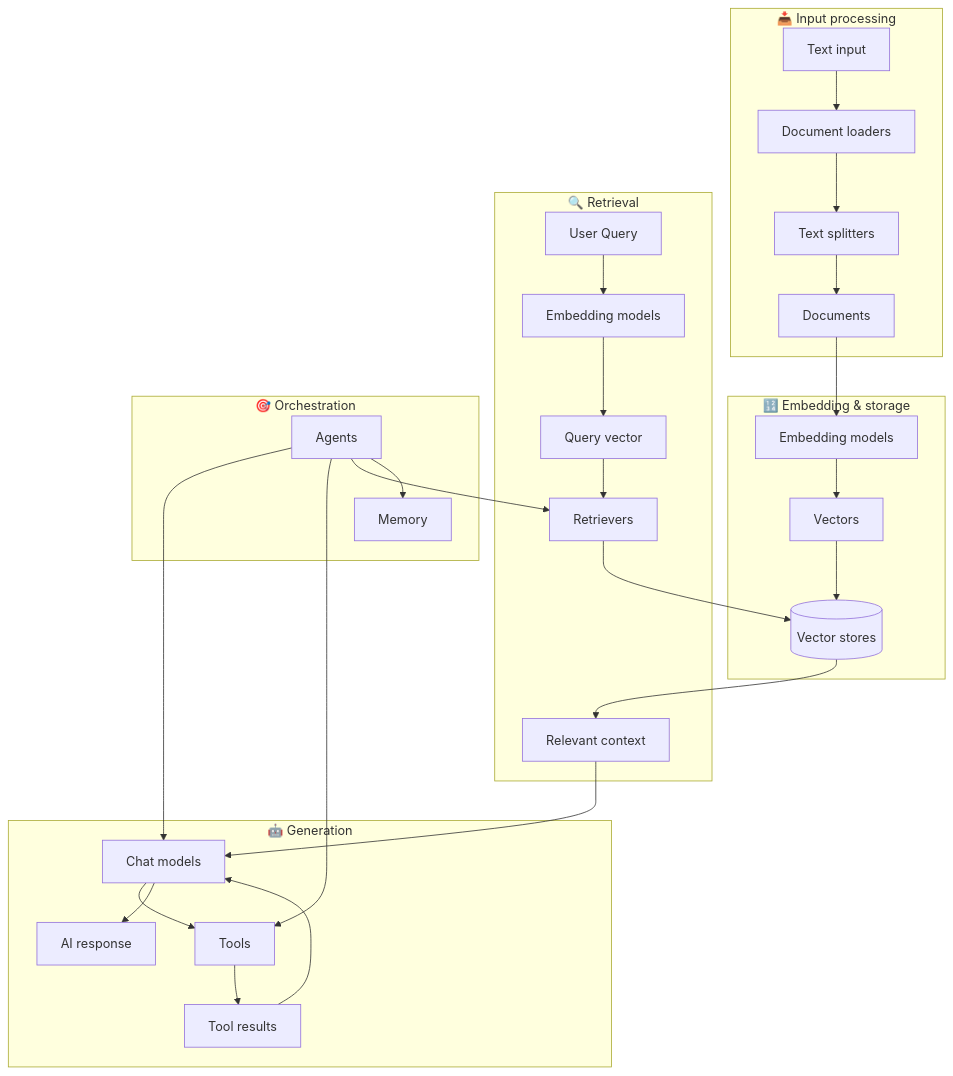
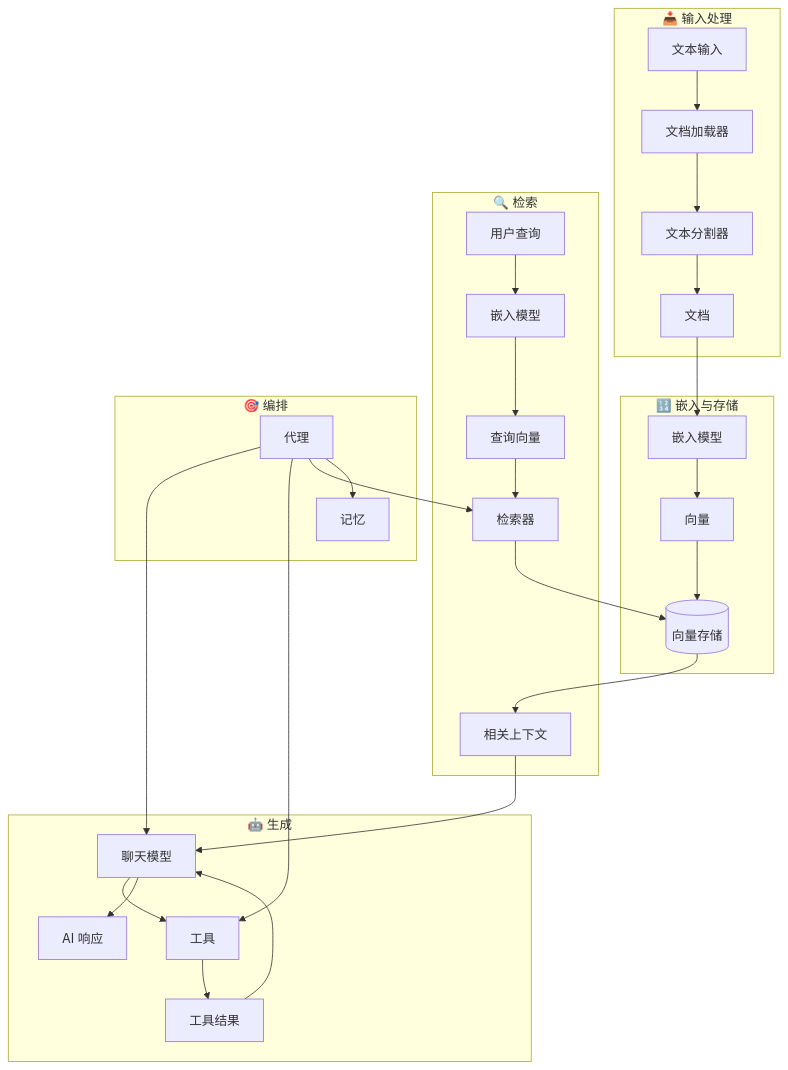
Before and after one commit to kunfan96/cndocs-langchain: the first of 4 diagrams in oss/javascript/langchain/component-architecture.mdx, drawn with Mermaid. The commit also changed other lines of this file and 288 other files, not shown here.

````diff
--- a/oss/javascript/langchain/component-architecture.mdx
+++ b/oss/javascript/langchain/component-architecture.mdx
@@ -11,42 +11,42 @@
 ```mermaid
 graph TD
     %% Input processing
-    subgraph "📥 Input processing"
-        A[Text input] --> B[Document loaders]
-        B --> C[Text splitters]
-        C --> D[Documents]
+    subgraph "📥 输入处理"
+        A[文本输入] --> B[文档加载器]
+        B --> C[文本分割器]
+        C --> D[文档]
     end
 
     %% Embedding & storage
-    subgraph "🔢 Embedding & storage"
-        D --> E[Embedding models]
-        E --> F[Vectors]
-        F --> G[(Vector stores)]
+    subgraph "🔢 嵌入与存储"
+        D --> E[嵌入模型]
+        E --> F[向量]
+        F --> G[(向量存储)]
     end
 
     %% Retrieval
-    subgraph "🔍 Retrieval"
-        H[User Query] --> I[Embedding models]
-        I --> J[Query vector]
-        J --> K[Retrievers]
+    subgraph "🔍 检索"
+        H[用户查询] --> I[嵌入模型]
+        I --> J[查询向量]
+        J --> K[检索器]
         K --> G
-        G --> L[Relevant context]
+        G --> L[相关上下文]
     end
 
     %% Generation
-    subgraph "🤖 Generation"
-        M[Chat models] --> N[Tools]
-        N --> O[Tool results]
+    subgraph "🤖 生成"
+        M[聊天模型] --> N[工具]
+        N --> O[工具结果]
         O --> M
         L --> M
-        M --> P[AI response]
+        M --> P[AI 响应]
     end
 
     %% Orchestration
-    subgraph "🎯 Orchestration"
-        Q[Agents] --> M
+    subgraph "🎯 编排"
+        Q[代理] --> M
         Q --> N
         Q --> K
-        Q --> R[Memory]
+        Q --> R[记忆]
     end
 ```
````
